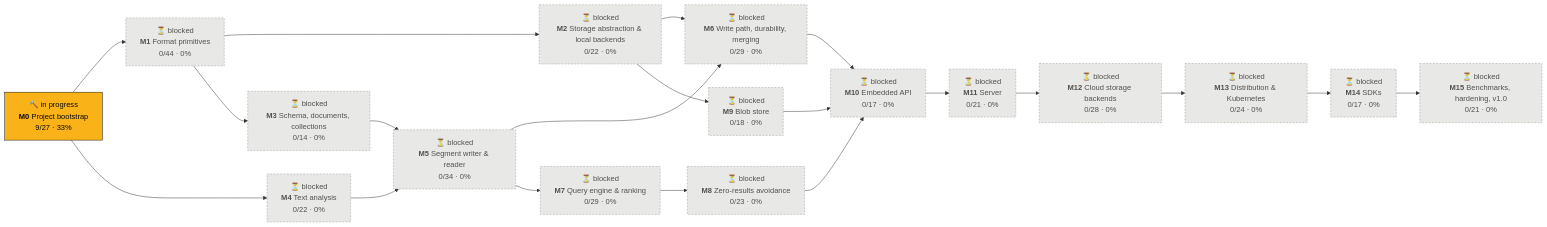
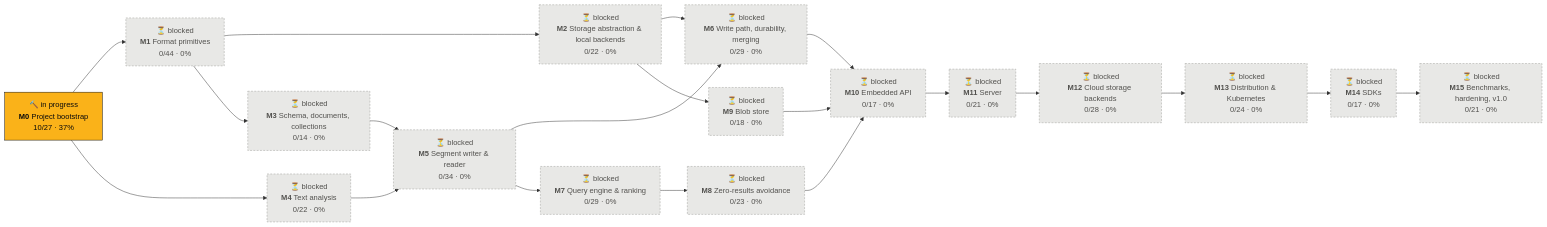
The first of 2 diagrams in PROGRESS.md (tomiok/persiaDB), drawn with Mermaid before and after one commit. The commit also changed other lines of this file and 5 other files, not shown here.

Commit message:
docs: CONTRIBUTING, CODE_OF_CONDUCT, SECURITY (ROADMAP 0.1.3.3)

````diff
--- a/PROGRESS.md
+++ b/PROGRESS.md
@@ -14,42 +14,42 @@
 ```mermaid
 flowchart LR
-  M0["🔨 in progress<br/><b>M0</b> Project bootstrap<br/>9/27 · 33%"]:::doing
+  M0["🔨 in progress<br/><b>M0</b> Project bootstrap<br/>10/27 · 37%"]:::doing
   M1["⏳ blocked<br/><b>M1</b> Format primitives<br/>0/44 · 0%"]:::blocked
   M2["⏳ blocked<br/><b>M2</b> Storage abstraction & local backends<br/>0/22 · 0%"]:::blocked
   M3["⏳ blocked<br/><b>M3</b> Schema, documents, collections<br/>0/14 · 0%"]:::blocked
   M4["⏳ blocked<br/><b>M4</b> Text analysis<br/>0/22 · 0%"]:::blocked
   M5["⏳ blocked<br/><b>M5</b> Segment writer & reader<br/>0/34 · 0%"]:::blocked
   M6["⏳ blocked<br/><b>M6</b> Write path, durability, merging<br/>0/29 · 0%"]:::blocked
   M7["⏳ blocked<br/><b>M7</b> Query engine & ranking<br/>0/29 · 0%"]:::blocked
   M8["⏳ blocked<br/><b>M8</b> Zero-results avoidance<br/>0/23 · 0%"]:::blocked
   M9["⏳ blocked<br/><b>M9</b> Blob store<br/>0/18 · 0%"]:::blocked
   M10["⏳ blocked<br/><b>M10</b> Embedded API<br/>0/17 · 0%"]:::blocked
   M11["⏳ blocked<br/><b>M11</b> Server<br/>0/21 · 0%"]:::blocked
   M12["⏳ blocked<br/><b>M12</b> Cloud storage backends<br/>0/28 · 0%"]:::blocked
   M13["⏳ blocked<br/><b>M13</b> Distribution & Kubernetes<br/>0/24 · 0%"]:::blocked
   M14["⏳ blocked<br/><b>M14</b> SDKs<br/>0/17 · 0%"]:::blocked
   M15["⏳ blocked<br/><b>M15</b> Benchmarks, hardening, v1.0<br/>0/21 · 0%"]:::blocked
   M0 --> M1
   M1 --> M2
   M1 --> M3
   M0 --> M4
   M3 --> M5
   M4 --> M5
   M2 --> M6
   M5 --> M6
   M5 --> M7
   M7 --> M8
   M2 --> M9
   M6 --> M10
   M8 --> M10
   M9 --> M10
   M10 --> M11
   M11 --> M12
   M12 --> M13
   M13 --> M14
   M14 --> M15
   classDef done fill:#0ca30c,stroke:#0b0b0b,color:#0b0b0b
   classDef doing fill:#fab219,stroke:#0b0b0b,color:#0b0b0b
   classDef ready fill:#fcfcfb,stroke:#0b0b0b,stroke-width:2px,color:#0b0b0b
   classDef blocked fill:#e8e8e6,stroke:#9a9a96,stroke-dasharray:4 3,color:#52514e
 ```
````
